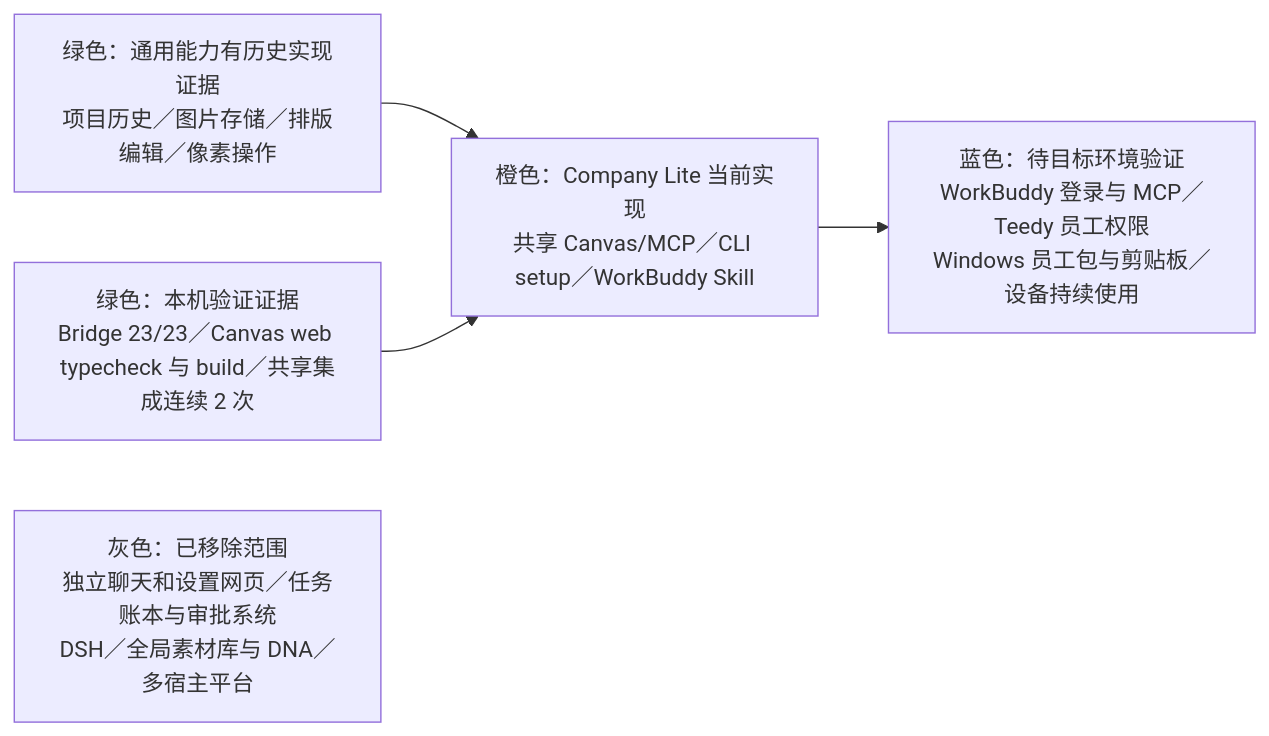
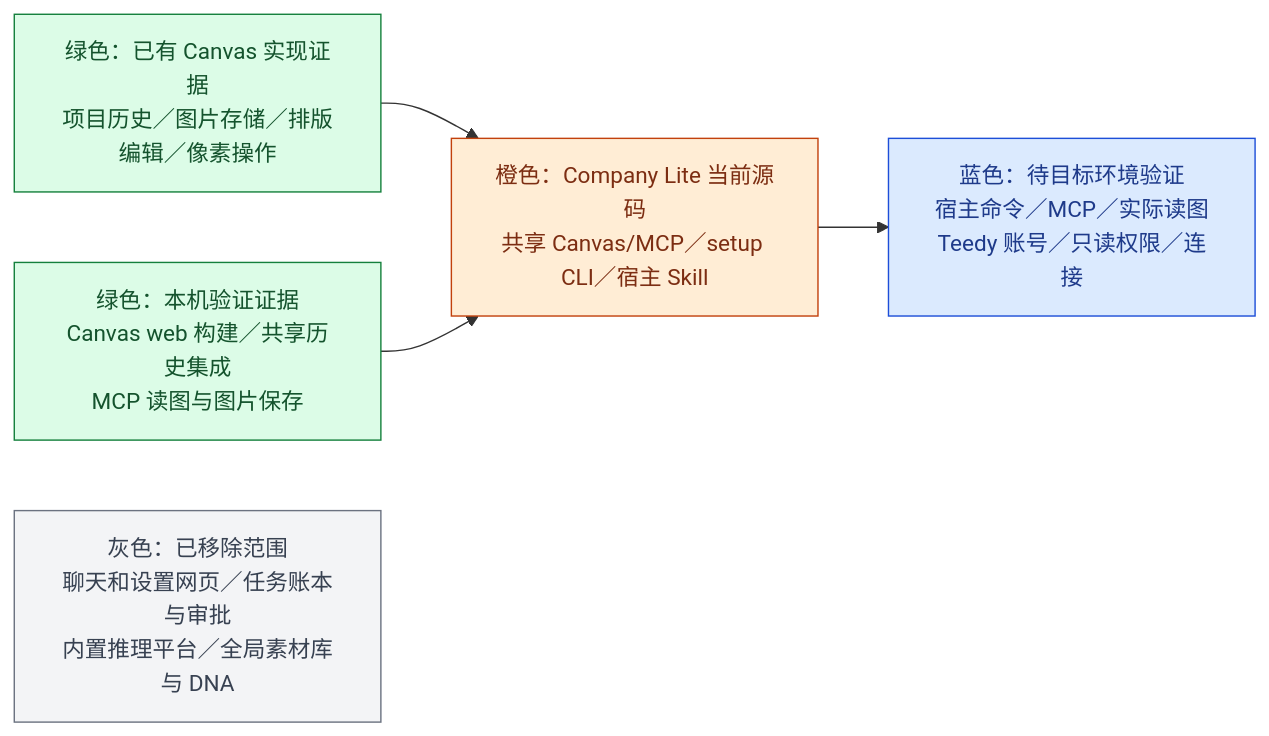
The diagram in docs/工程进度.md (akechi0819-lgtm/creative-Agent-studio), drawn with Mermaid before and after one commit. The commit also changed other lines of this file and 10 other files, not shown here.

Commit message:
Document source-first installation and shared Canvas host workflow

````diff
--- a/docs/工程进度.md
+++ b/docs/工程进度.md
@@ -15,7 +15,15 @@
 ```mermaid
 flowchart LR
-  LEGACY["绿色：通用能力有历史实现证据<br/>项目历史／图片存储／排版编辑／像素操作"] --> CURRENT["橙色：Company Lite 当前实现<br/>共享 Canvas/MCP／CLI setup／WorkBuddy Skill"]
-  LOCAL["绿色：本机验证证据<br/>Bridge 23/23／Canvas web typecheck 与 build／共享集成连续 2 次"] --> CURRENT
-  CURRENT --> DEVICE["蓝色：待目标环境验证<br/>WorkBuddy 登录与 MCP／Teedy 员工权限<br/>Windows 员工包与剪贴板／设备持续使用"]
-  REMOVE["灰色：已移除范围<br/>独立聊天和设置网页／任务账本与审批系统<br/>DSH／全局素材库与 DNA／多宿主平台"]
+  HISTORY["绿色：已有 Canvas 实现证据<br/>项目历史／图片存储／排版编辑／像素操作"] --> CURRENT["橙色：Company Lite 当前源码<br/>共享 Canvas/MCP／setup CLI／宿主 Skill"]
+  LOCAL["绿色：本机验证证据<br/>Canvas web 构建／共享历史集成<br/>MCP 读图与图片保存"] --> CURRENT
+  CURRENT --> HOST["蓝色：待目标环境验证<br/>宿主命令／MCP／实际读图<br/>Teedy 账号／只读权限／连接"]
+  REMOVE["灰色：已移除范围<br/>聊天和设置网页／任务账本与审批<br/>内置推理平台／全局素材库与 DNA"]
+  classDef verified fill:#dcfce7,stroke:#15803d,color:#14532d
+  classDef current fill:#ffedd5,stroke:#c2410c,color:#7c2d12
+  classDef pending fill:#dbeafe,stroke:#1d4ed8,color:#1e3a8a
+  classDef removed fill:#f3f4f6,stroke:#6b7280,color:#374151
+  class HISTORY,LOCAL verified
+  class CURRENT current
+  class HOST pending
+  class REMOVE removed
 ```
````
